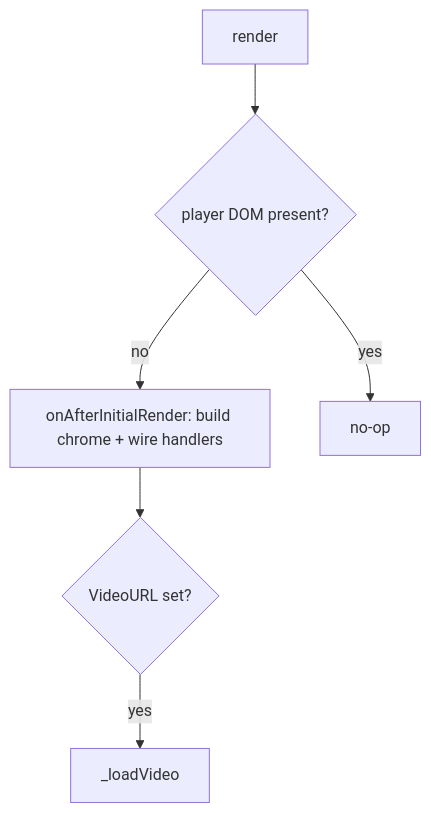
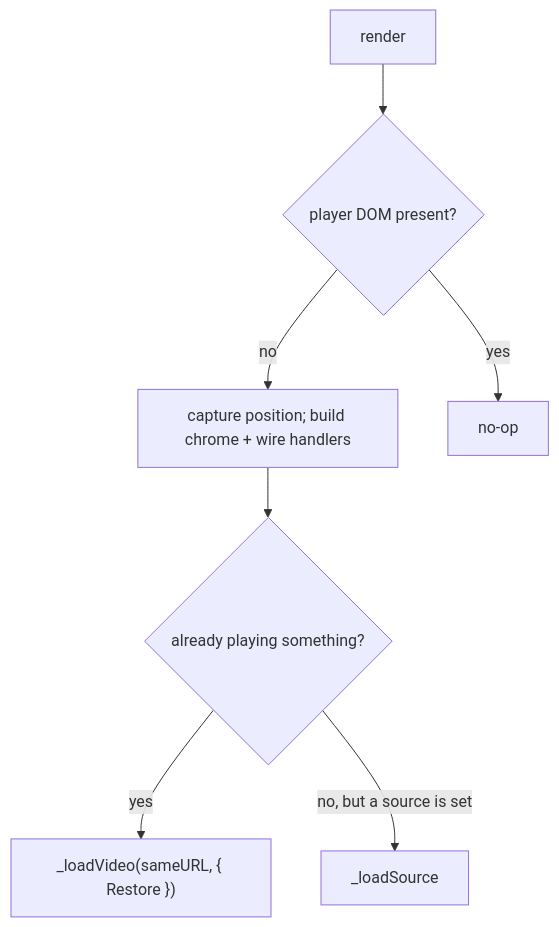
The second of 4 diagrams in docs/architecture.md (fable-retold/pict-section-video), drawn with Mermaid before and after one commit. The commit also changed other lines of this file and 17 other files, not shown here.

Commit message:
Adaptive HLS playback: native/hls.js strategy, setSource, quality menu, real fullscreen, video_hls example

````diff
--- a/docs/architecture.md
+++ b/docs/architecture.md
@@ -58,8 +86,9 @@
 ```mermaid
 flowchart TD
     A[render] --> B{player DOM present?}
-    B -- no --> C[onAfterInitialRender: build chrome + wire handlers]
+    B -- no --> C[capture position; build chrome + wire handlers]
     B -- yes --> D[no-op]
-    C --> E{VideoURL set?}
-    E -- yes --> F[_loadVideo]
+    C --> E{already playing something?}
+    E -- yes --> F["_loadVideo(sameURL, { Restore })"]
+    E -- no, but a source is set --> G[_loadSource]
 ```
````
